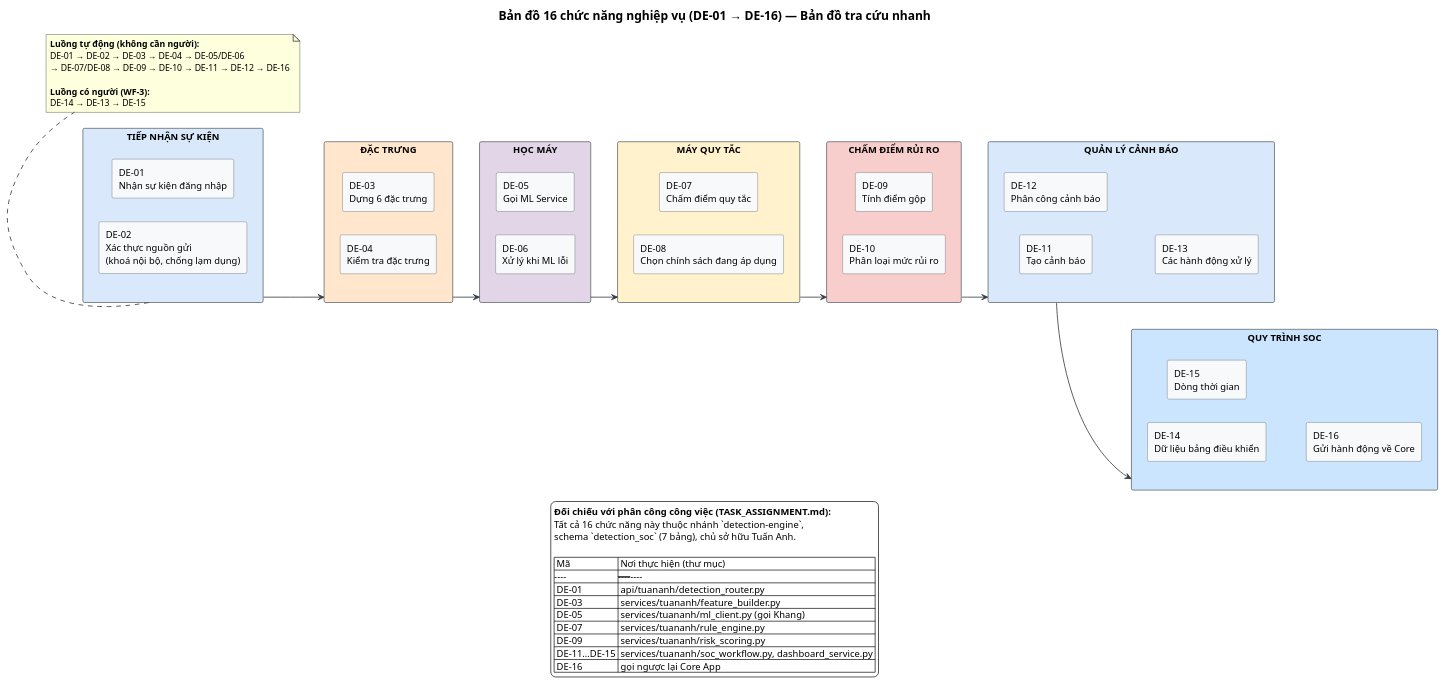
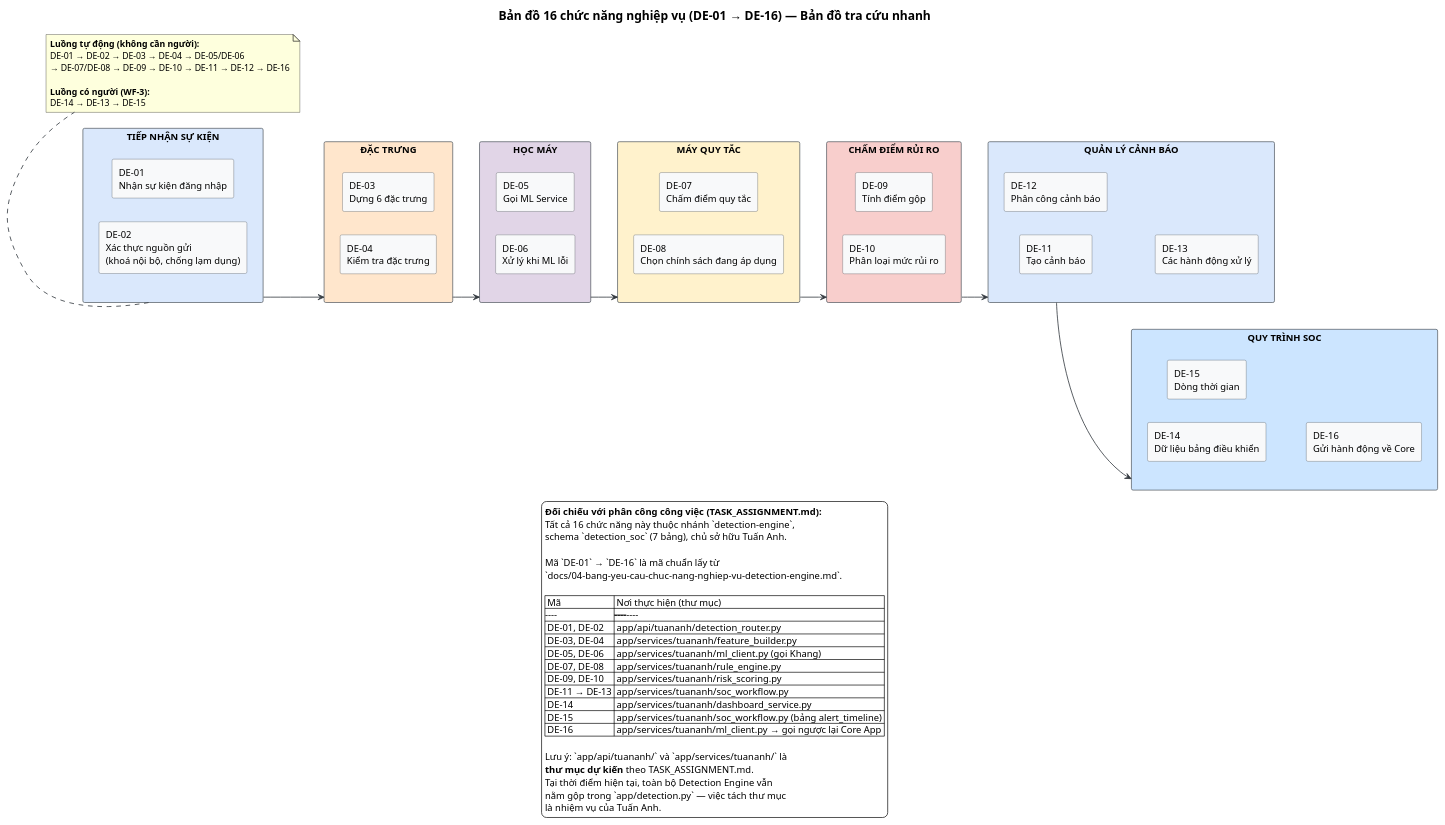
The diagram in docs/diagrams/v3.3-detect/14-ban-do-16-chuc-nang.puml (Albert-Tuan/sentinel-auth), drawn with PlantUML before and after one commit. The commit also changed 28 other files, not shown here.

Commit message:
fix lại Task_assignment.md

```diff
--- a/docs/diagrams/v3.3-detect/14-ban-do-16-chuc-nang.puml
+++ b/docs/diagrams/v3.3-detect/14-ban-do-16-chuc-nang.puml
@@ -1,86 +1,97 @@
 @startuml
 skinparam backgroundColor #FFFFFF
 skinparam shadowing false
 skinparam defaultFontName Sans
 skinparam rectangle {
   BackgroundColor #F8F9FA
   BorderColor #495057
 }
 skinparam ArrowColor #343A40
 skinparam ArrowThickness 1.2
 skinparam titleFontSize 18
 
 title Bản đồ 16 chức năng nghiệp vụ (DE-01 → DE-16) — Bản đồ tra cứu nhanh
 
 left to right direction
 
 rectangle "TIẾP NHẬN SỰ KIỆN" as G1 #DAE8FC {
   rectangle "DE-01\nNhận sự kiện đăng nhập" as DE01
   rectangle "DE-02\nXác thực nguồn gửi\n(khoá nội bộ, chống lạm dụng)" as DE02
 }
 
 rectangle "ĐẶC TRƯNG" as G2 #FFE6CC {
   rectangle "DE-03\nDựng 6 đặc trưng" as DE03
   rectangle "DE-04\nKiểm tra đặc trưng" as DE04
 }
 
 rectangle "HỌC MÁY" as G3 #E1D5E7 {
   rectangle "DE-05\nGọi ML Service" as DE05
   rectangle "DE-06\nXử lý khi ML lỗi" as DE06
 }
 
 rectangle "MÁY QUY TẮC" as G4 #FFF2CC {
   rectangle "DE-07\nChấm điểm quy tắc" as DE07
   rectangle "DE-08\nChọn chính sách đang áp dụng" as DE08
 }
 
 rectangle "CHẤM ĐIỂM RỦI RO" as G5 #F8CECC {
   rectangle "DE-09\nTính điểm gộp" as DE09
   rectangle "DE-10\nPhân loại mức rủi ro" as DE10
 }
 
 rectangle "QUẢN LÝ CẢNH BÁO" as G6 #DAE8FC {
   rectangle "DE-11\nTạo cảnh báo" as DE11
   rectangle "DE-12\nPhân công cảnh báo" as DE12
   rectangle "DE-13\nCác hành động xử lý" as DE13
 }
 
 rectangle "QUY TRÌNH SOC" as G7 #CCE5FF {
   rectangle "DE-14\nDữ liệu bảng điều khiển" as DE14
   rectangle "DE-15\nDòng thời gian" as DE15
   rectangle "DE-16\nGửi hành động về Core" as DE16
 }
 
 G1 --> G2
 G2 --> G3
 G3 --> G4
 G4 --> G5
 G5 --> G6
 G6 --> G7
 
 note bottom of G1
   **Luồng tự động (không cần người):**
   DE-01 → DE-02 → DE-03 → DE-04 → DE-05/DE-06
   → DE-07/DE-08 → DE-09 → DE-10 → DE-11 → DE-12 → DE-16
 
   **Luồng có người (WF-3):**
   DE-14 → DE-13 → DE-15
 end note
 
 legend bottom
 **Đối chiếu với phân công công việc (TASK_ASSIGNMENT.md):**
 Tất cả 16 chức năng này thuộc nhánh `detection-engine`,
 schema `detection_soc` (7 bảng), chủ sở hữu Tuấn Anh.
 
+Mã `DE-01` → `DE-16` là mã chuẩn lấy từ
+`docs/04-bang-yeu-cau-chuc-nang-nghiep-vu-detection-engine.md`.
+
 | Mã | Nơi thực hiện (thư mục) |
 |----|------------------------|
-| DE-01 | api/tuananh/detection_router.py |
-| DE-03 | services/tuananh/feature_builder.py |
-| DE-05 | services/tuananh/ml_client.py (gọi Khang) |
-| DE-07 | services/tuananh/rule_engine.py |
-| DE-09 | services/tuananh/risk_scoring.py |
-| DE-11…DE-15 | services/tuananh/soc_workflow.py, dashboard_service.py |
-| DE-16 | gọi ngược lại Core App |
+| DE-01, DE-02 | app/api/tuananh/detection_router.py |
+| DE-03, DE-04 | app/services/tuananh/feature_builder.py |
+| DE-05, DE-06 | app/services/tuananh/ml_client.py (gọi Khang) |
+| DE-07, DE-08 | app/services/tuananh/rule_engine.py |
+| DE-09, DE-10 | app/services/tuananh/risk_scoring.py |
+| DE-11 → DE-13 | app/services/tuananh/soc_workflow.py |
+| DE-14 | app/services/tuananh/dashboard_service.py |
+| DE-15 | app/services/tuananh/soc_workflow.py (bảng alert_timeline) |
+| DE-16 | app/services/tuananh/ml_client.py → gọi ngược lại Core App |
+
+Lưu ý: `app/api/tuananh/` và `app/services/tuananh/` là
+**thư mục dự kiến** theo TASK_ASSIGNMENT.md.
+Tại thời điểm hiện tại, toàn bộ Detection Engine vẫn
+nằm gộp trong `app/detection.py` — việc tách thư mục
+là nhiệm vụ của Tuấn Anh.
 endlegend
 
 @enduml
```
